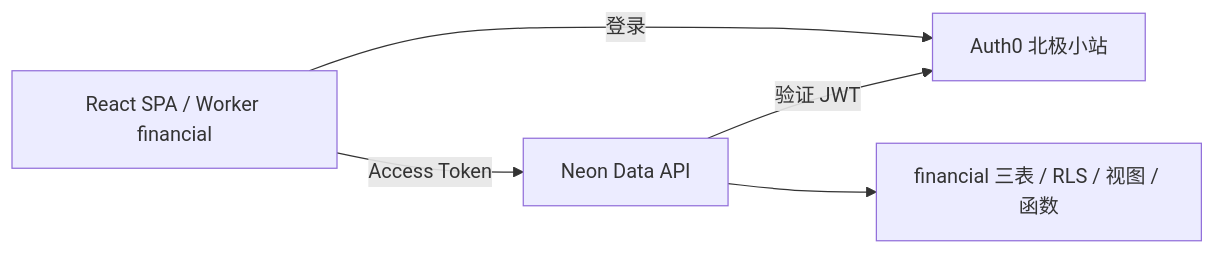
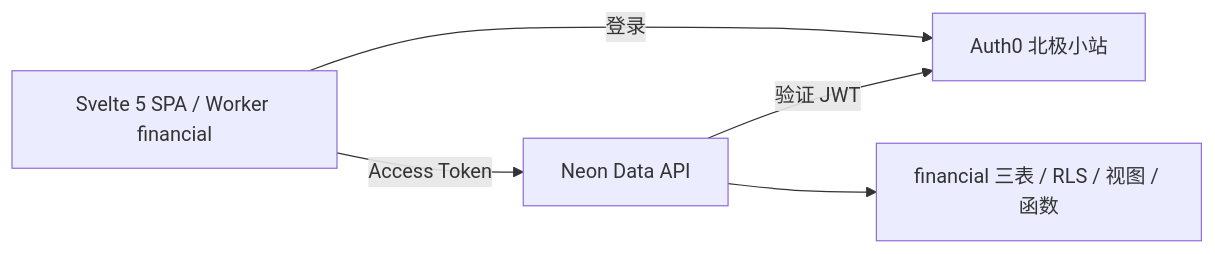
Before and after one commit to hasbai/financial: the diagram in docs/ARCHITECTURE.md, drawn with Mermaid. The commit also changed other lines of this file and 125 other files, not shown here.

````diff
--- a/docs/ARCHITECTURE.md
+++ b/docs/ARCHITECTURE.md
@@ -5,7 +5,7 @@
 ```mermaid
 flowchart LR
- SPA[React SPA / Worker financial] -->|登录| AUTH[Auth0 北极小站]
+ SPA[Svelte 5 SPA / Worker financial] -->|登录| AUTH[Auth0 北极小站]
  SPA -->|Access Token| API[Neon Data API]
  API -->|验证 JWT| AUTH
  API --> DB[financial 三表 / RLS / 视图 / 函数]
 ```
````
